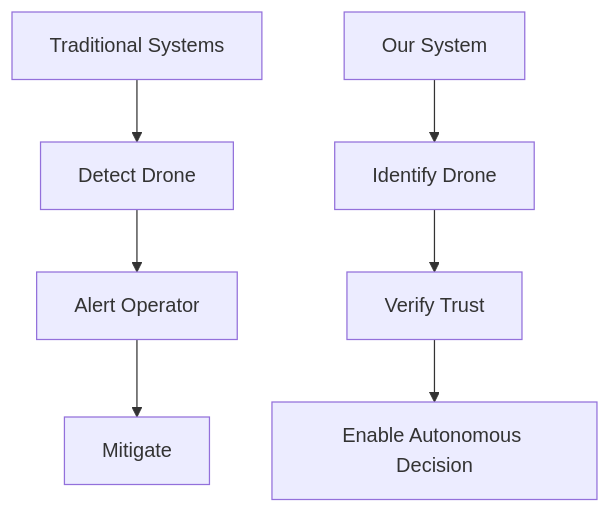
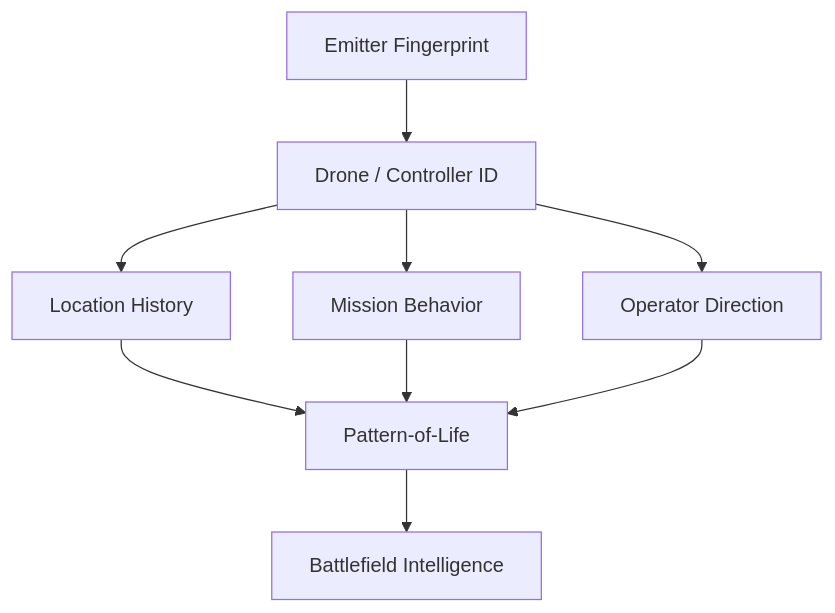
One commit to vjk7989/project-flex changed the fourth of 15 diagrams in RF Fingerprinting.md. Above: the diagram before and after it, drawn with Mermaid. The commit also changed other lines of this file, not shown here.

````diff
--- a/RF Fingerprinting.md
+++ b/RF Fingerprinting.md
@@ -132,10 +308,11 @@
 ```mermaid
 flowchart TD
-    A["Traditional Systems"] --> B["Detect Drone"]
-    B --> C["Alert Operator"]
-    C --> D["Mitigate"]
-
-    E["Our System"] --> F["Identify Drone"]
-    F --> G["Verify Trust"]
-    G --> H["Enable Autonomous Decision"]
+    A["Emitter Fingerprint"] --> B["Drone / Controller ID"]
+    B --> C["Location History"]
+    B --> D["Mission Behavior"]
+    B --> E["Operator Direction"]
+    C --> F["Pattern-of-Life"]
+    D --> F
+    E --> F
+    F --> G["Battlefield Intelligence"]
 ```
````
